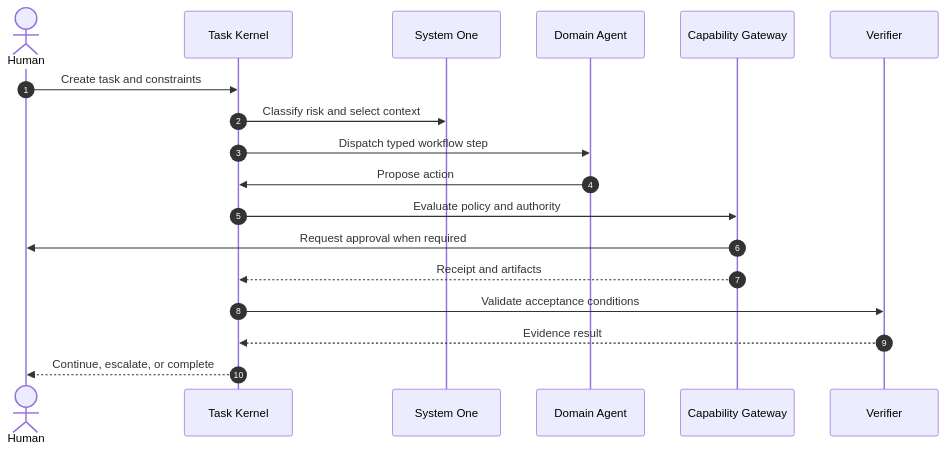
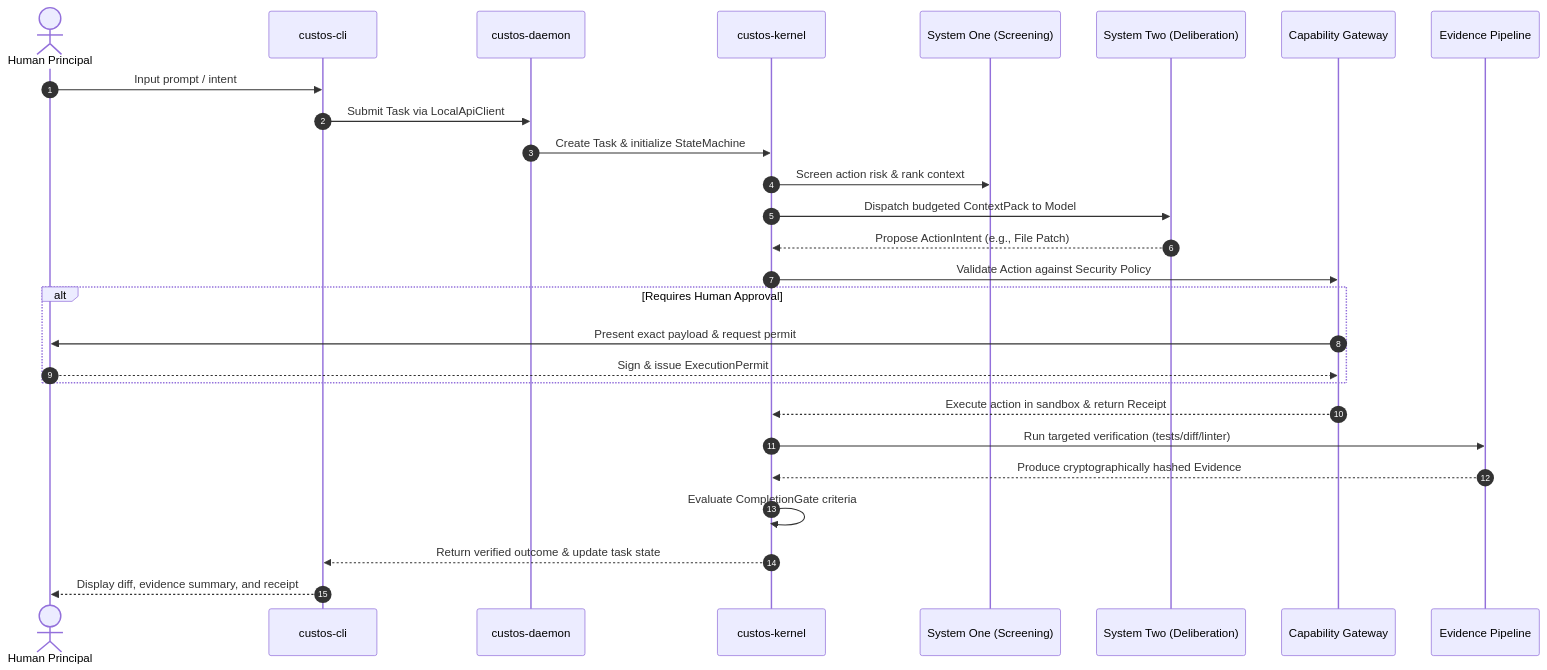
The diagram in README.md (civi0411/Custos), drawn with Mermaid before and after one commit. The commit also changed other lines of this file and 56 other files, not shown here.

Commit message:
docs: standardize 11 crates specification and data flow architecture

````diff
--- a/README.md
+++ b/README.md
@@ -264,21 +196,30 @@
 ```mermaid
 sequenceDiagram
     autonumber
-    actor Human
-    participant Kernel as Task Kernel
-    participant S1 as System One
-    participant Agent as Domain Agent
-    participant Gateway as Capability Gateway
-    participant Verify as Verifier
+    actor Human as Human Principal
+    participant CLI as custos-cli
+    participant Daemon as custos-daemon
+    participant Kernel as custos-kernel
+    participant S1 as System One (Screening)
+    participant S2 as System Two (Deliberation)
+    participant Gate as Capability Gateway
+    participant Verifier as Evidence Pipeline
 
-    Human->>Kernel: Create task and constraints
-    Kernel->>S1: Classify risk and select context
-    Kernel->>Agent: Dispatch typed workflow step
-    Agent->>Kernel: Propose action
-    Kernel->>Gateway: Evaluate policy and authority
-    Gateway->>Human: Request approval when required
-    Gateway-->>Kernel: Receipt and artifacts
-    Kernel->>Verify: Validate acceptance conditions
-    Verify-->>Kernel: Evidence result
-    Kernel-->>Human: Continue, escalate, or complete
+    Human->>CLI: Input prompt / intent
+    CLI->>Daemon: Submit Task via LocalApiClient
+    Daemon->>Kernel: Create Task & initialize StateMachine
+    Kernel->>S1: Screen action risk & rank context
+    Kernel->>S2: Dispatch budgeted ContextPack to Model
+    S2-->>Kernel: Propose ActionIntent (e.g., File Patch)
+    Kernel->>Gate: Validate Action against Security Policy
+    alt Requires Human Approval
+        Gate->>Human: Present exact payload & request permit
+        Human-->>Gate: Sign & issue ExecutionPermit
+    end
+    Gate-->>Kernel: Execute action in sandbox & return Receipt
+    Kernel->>Verifier: Run targeted verification (tests/diff/linter)
+    Verifier-->>Kernel: Produce cryptographically hashed Evidence
+    Kernel->>Kernel: Evaluate CompletionGate criteria
+    Kernel-->>CLI: Return verified outcome & update task state
+    CLI-->>Human: Display diff, evidence summary, and receipt
 ```
````
